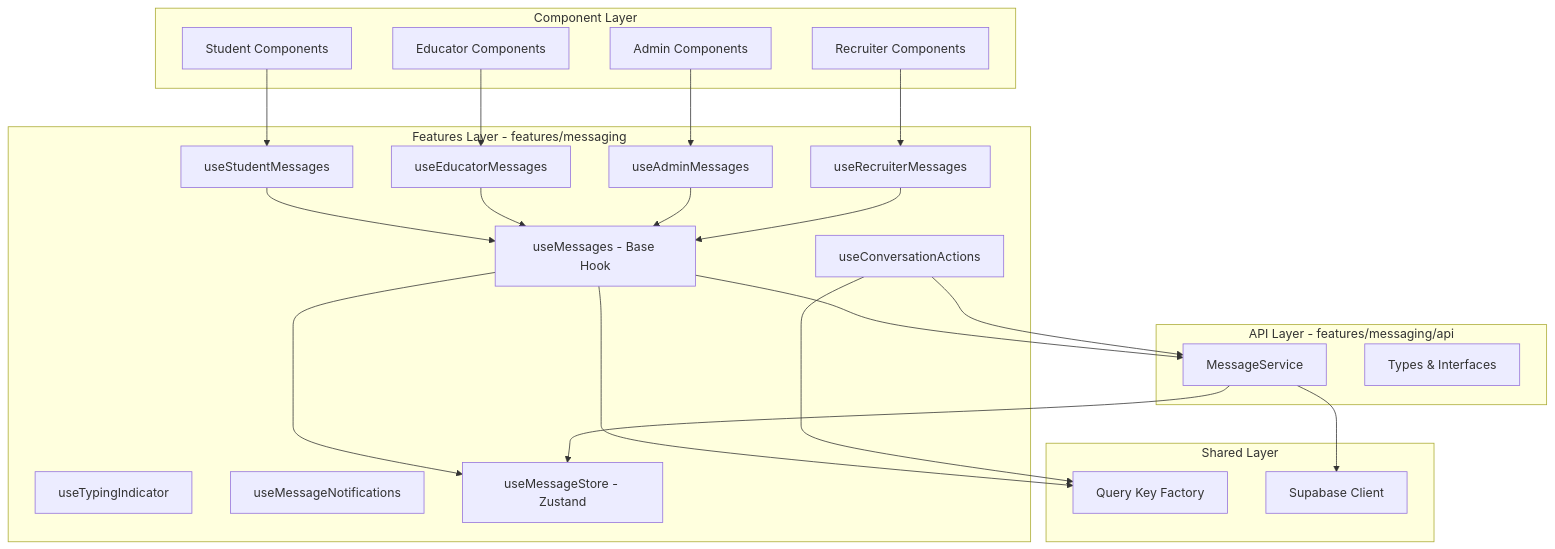
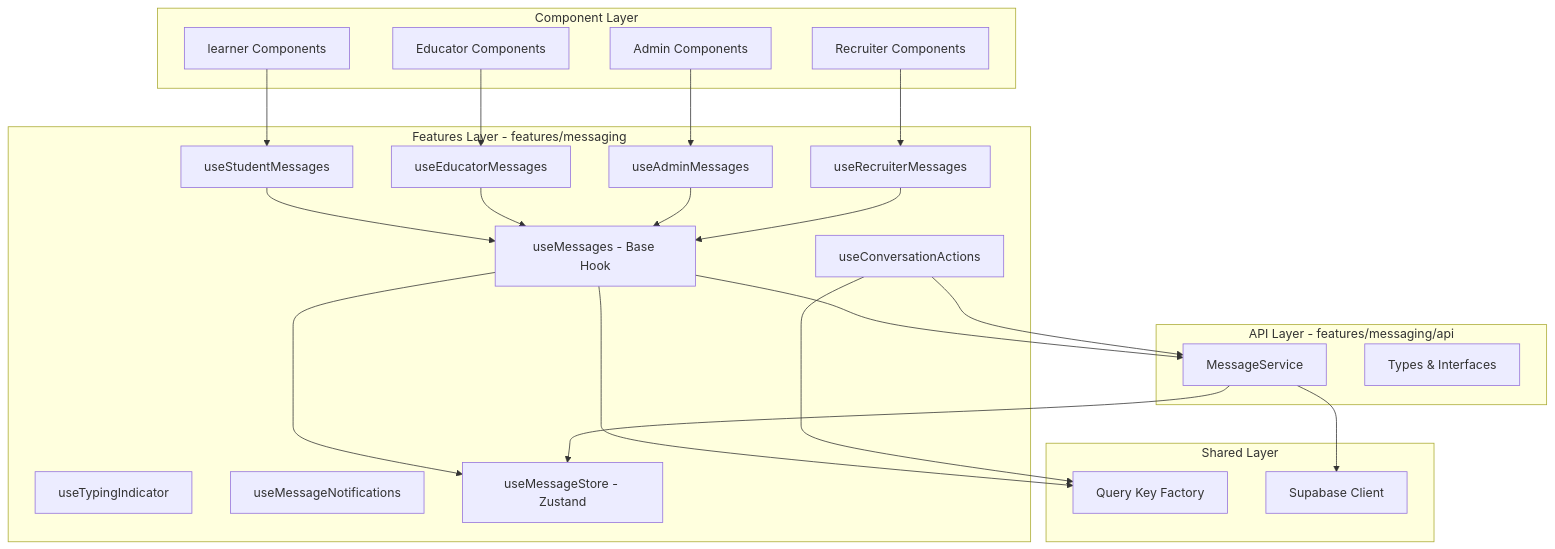
Before and after one commit to Rareminds-eym/skillpassport: the diagram in .kiro/specs/messaging-hooks-consolidation/design.md, drawn with Mermaid. The commit also changed other lines of this file and 1457 other files, not shown here.

````diff
--- a/.kiro/specs/messaging-hooks-consolidation/design.md
+++ b/.kiro/specs/messaging-hooks-consolidation/design.md
@@ -21,50 +21,50 @@
 ```mermaid
 graph TB
     subgraph "Component Layer"
-        C1[Student Components]
+        C1[learner Components]
         C2[Educator Components]
         C3[Admin Components]
         C4[Recruiter Components]
     end
     
     subgraph "Features Layer - features/messaging"
         H1[useMessages - Base Hook]
         H2[useStudentMessages]
         H3[useEducatorMessages]
         H4[useAdminMessages]
         H5[useRecruiterMessages]
         H6[useConversationActions]
         H7[useTypingIndicator]
         H8[useMessageNotifications]
         MS[useMessageStore - Zustand]
     end
     
     subgraph "API Layer - features/messaging/api"
         API[MessageService]
         TYPES[Types & Interfaces]
     end
     
     subgraph "Shared Layer"
         QK[Query Key Factory]
         SUP[Supabase Client]
     end
     
     C1 --> H2
     C2 --> H3
     C3 --> H4
     C4 --> H5
     
     H2 --> H1
     H3 --> H1
     H4 --> H1
     H5 --> H1
     
     H1 --> MS
     H1 --> API
     H1 --> QK
     H6 --> API
     H6 --> QK
     
     API --> SUP
     API --> MS
 ```
````
